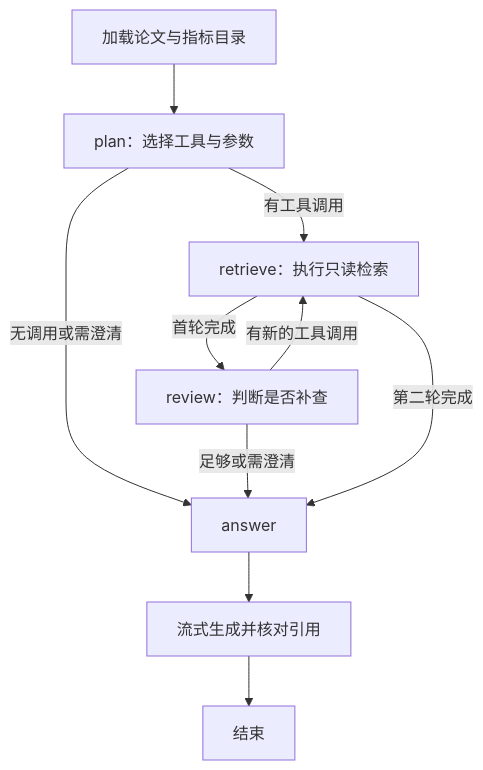
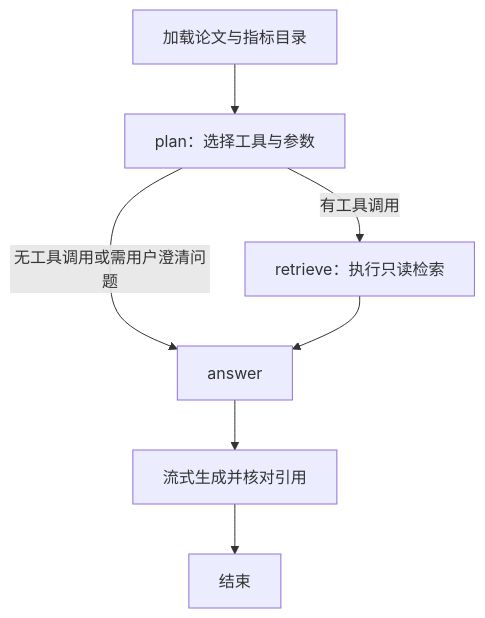
Before and after one commit to Zengzzhao/Metrics-Assistant: the third of 4 diagrams in README.md, drawn with Mermaid. The commit also changed other lines of this file and 12 other files, not shown here.

````diff
--- a/README.md
+++ b/README.md
@@ -451,12 +457,9 @@
 ```mermaid
 flowchart TD
     S[加载论文与指标目录] --> P[plan：选择工具与参数]
     P -->|有工具调用| R[retrieve：执行只读检索]
-    P -->|无调用或需澄清| A[answer]
-    R -->|首轮完成| V[review：判断是否补查]
-    V -->|有新的工具调用| R
-    V -->|足够或需澄清| A
-    R -->|第二轮完成| A
+    P -->|无工具调用或需用户澄清问题| A[answer]
+    R --> A
     A --> G[流式生成并核对引用]
     G --> E[结束]
 ```
````
